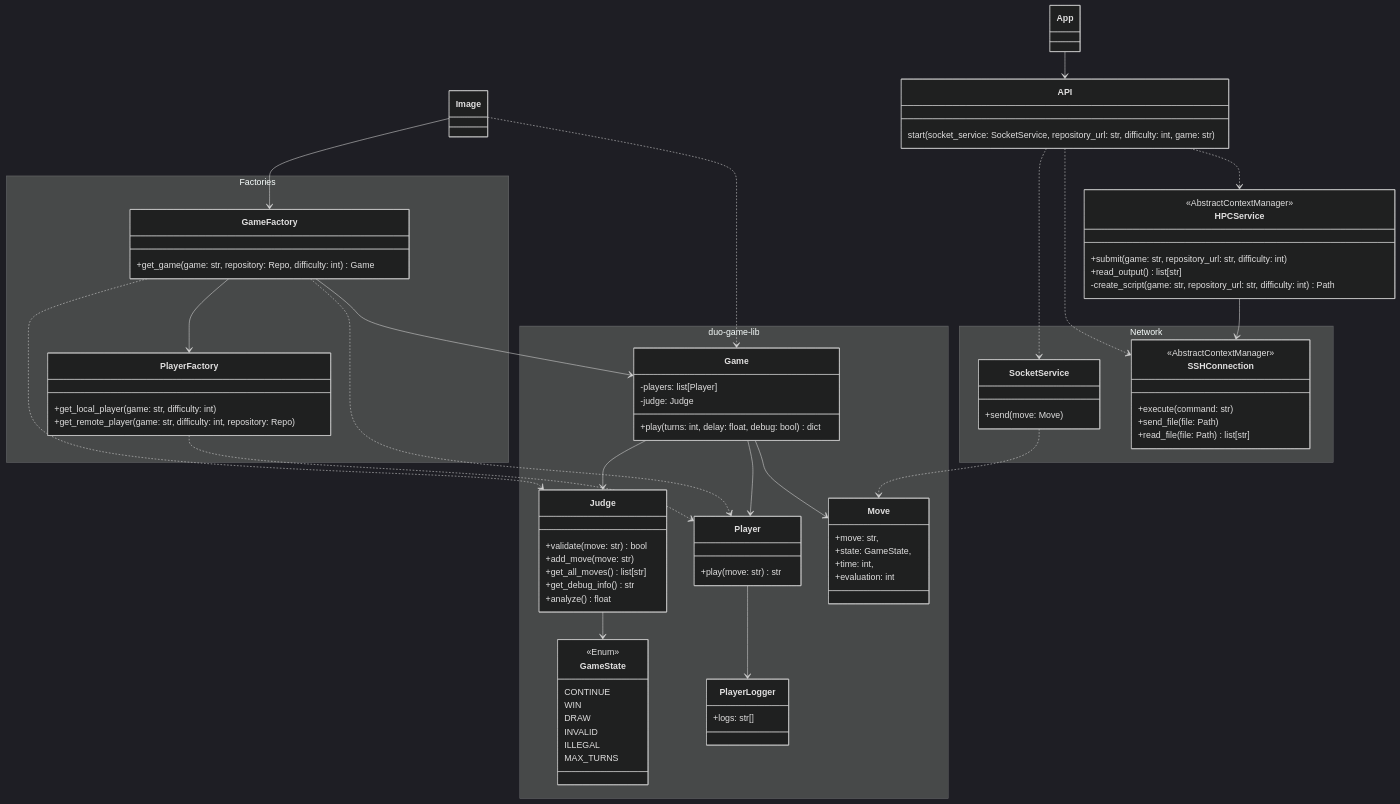
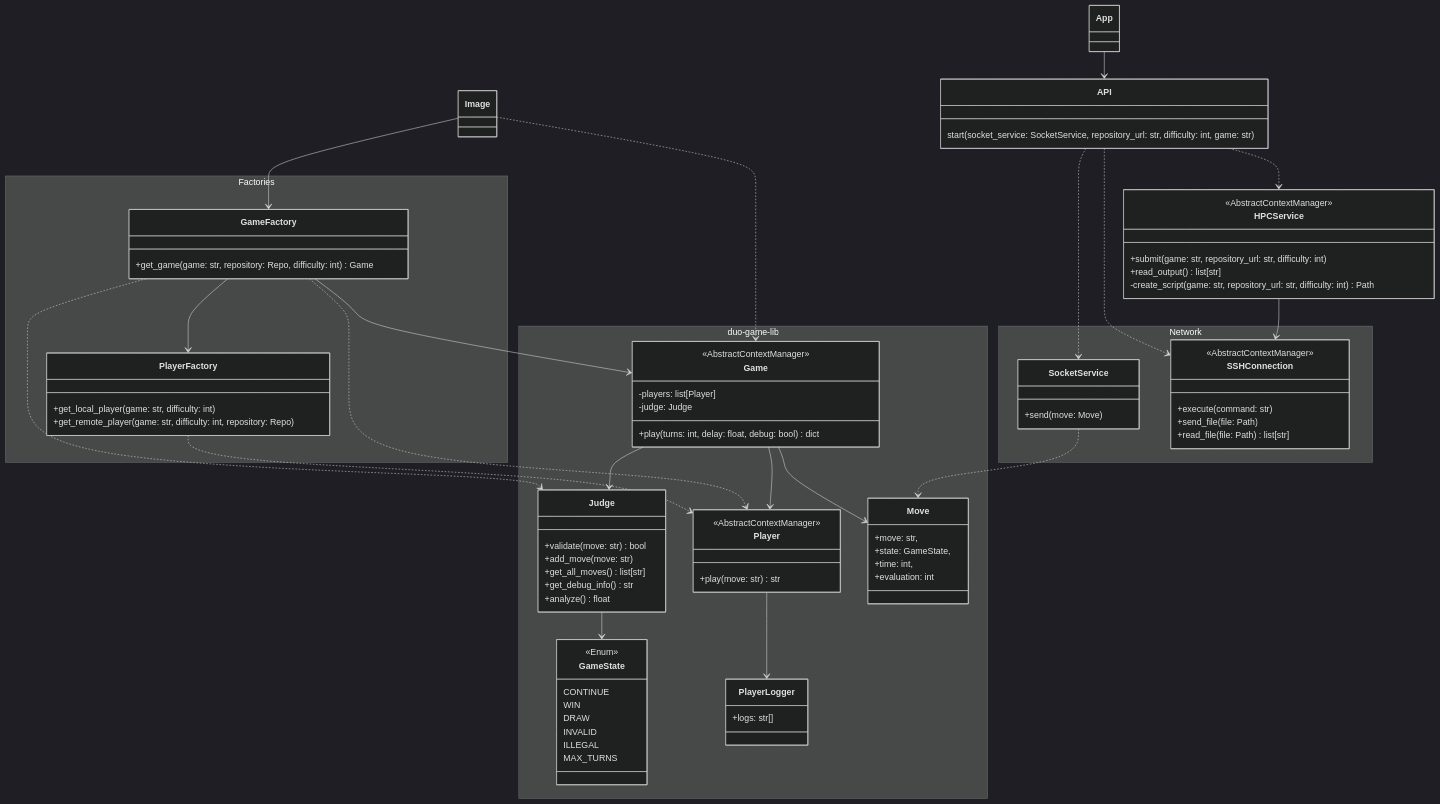
One commit to game-ai-platform-team/tira-ai-platform changed the third of 5 diagrams in docs/architecture.md. Above: the diagram before and after it, drawn with Mermaid (dark theme).

Commit message:
docs(#123): Make Game and Player inherit AbstractContextManager

```diff
--- a/docs/architecture.md
+++ b/docs/architecture.md
@@ -182,6 +182,7 @@
 
 namespace duo-game-lib {
     class Game {
+        <<AbstractContextManager>>
         -players: list[Player]
         -judge: Judge
 
@@ -197,6 +198,7 @@
     }
 
     class Player {
+        <<AbstractContextManager>>
         +play(move: str) str
     }
 
```
